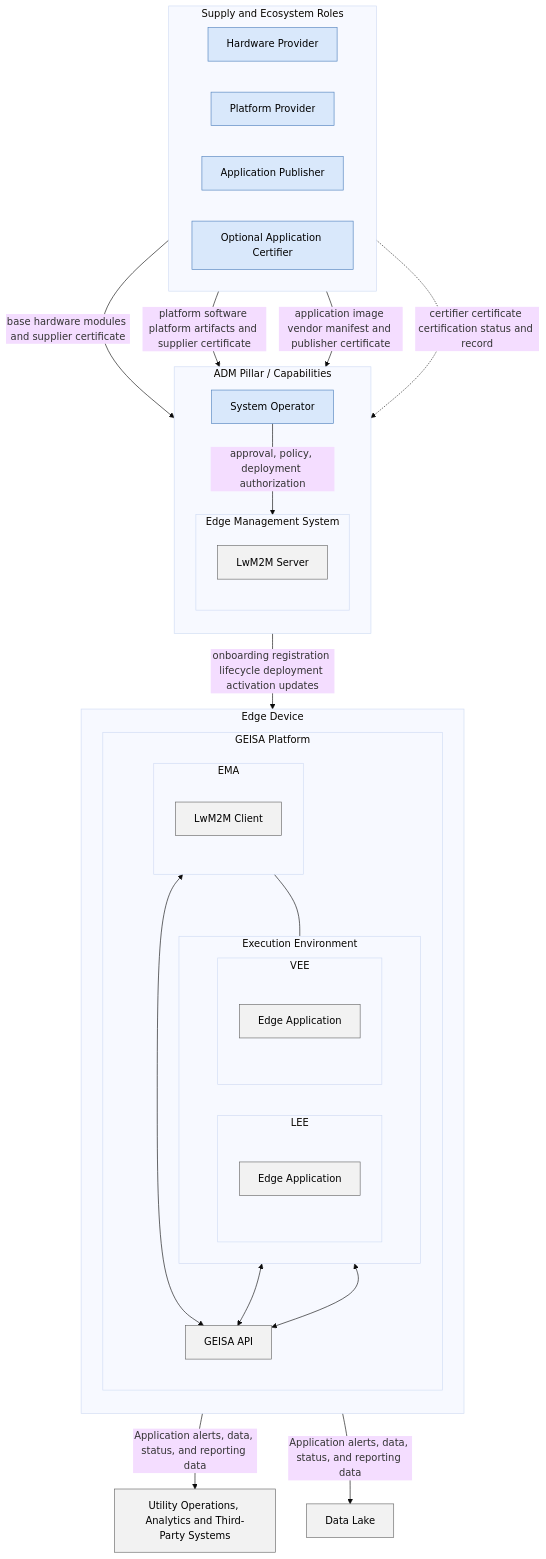
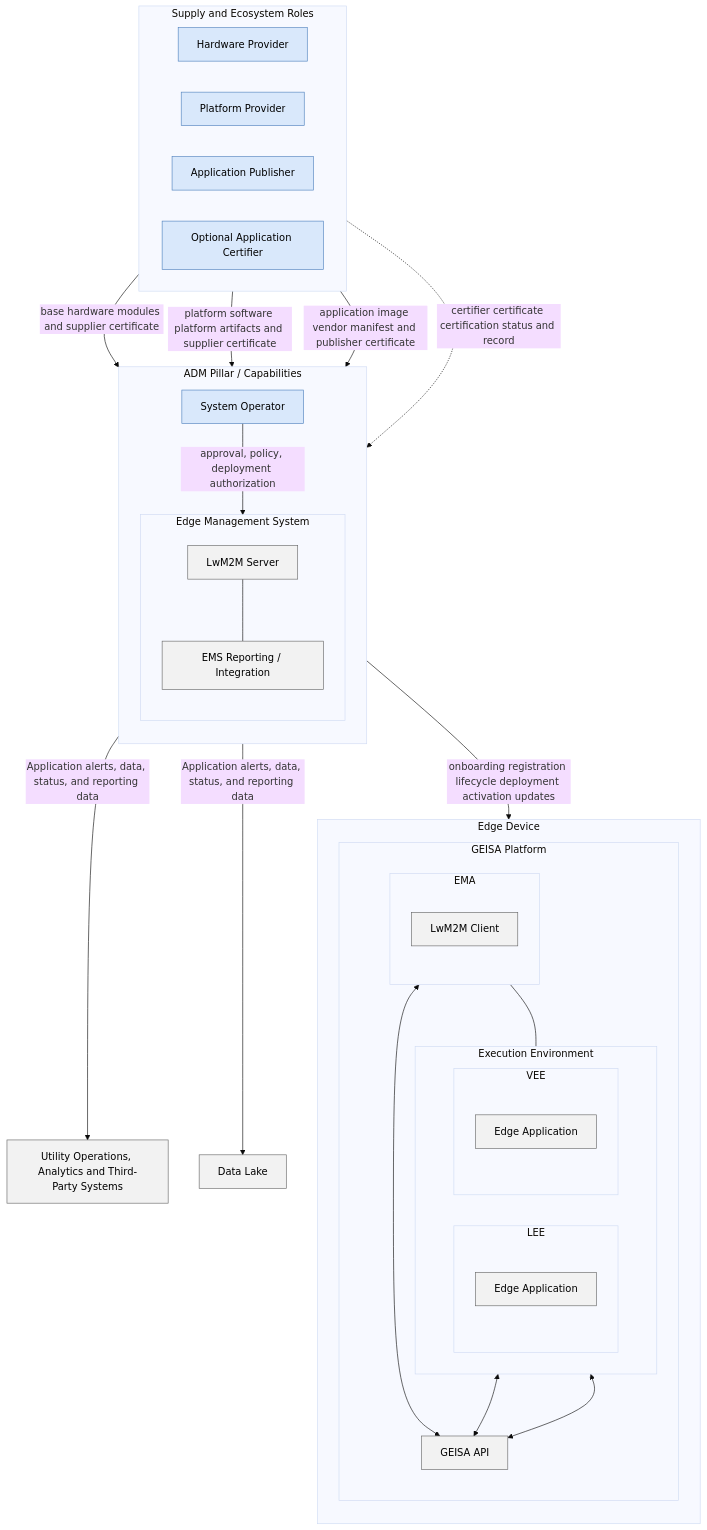
Before and after one commit to geisa/specification: the diagram in source/operations/end-to-end2.mermaid, drawn with Mermaid (base theme). The commit also changed 4 other files, not shown here.

```diff
--- a/source/operations/end-to-end2.mermaid
+++ b/source/operations/end-to-end2.mermaid
@@ -1,75 +1,77 @@
 flowchart TB
 
     classDef role fill:#d9e8fb,stroke:#4f81bd,stroke-width:1px,color:#000000;
     classDef system fill:#f2f2f2,stroke:#666666,stroke-width:1px,color:#000000;
 
     subgraph SUPPLY[Supply and Ecosystem Roles]
         direction LR
         HP[Hardware Provider]
         PP[Platform Provider]
         AP[Application Publisher]
         AC[Optional Application Certifier]
     end
 
     subgraph ADMSET[ADM Pillar / Capabilities]
         direction TB
         SO[System Operator]
 
         subgraph EMSBOX[Edge Management System]
             direction TB
             LWMS[LwM2M Server]
+            EMSR[EMS Reporting / Integration]
         end
     end
 
     subgraph EDGE[Edge Device]
         direction TB
 
         subgraph PLATFORM[GEISA Platform]
             direction TB
 
             API[GEISA API]
 
             subgraph EE[Execution Environment]
                 direction LR
 
                 subgraph LEEBOX[LEE]
                     direction TB
                     APPL[Edge Application]
                 end
 
                 subgraph VEEBOX[VEE]
                     direction TB
                     APPV[Edge Application]
                 end
             end
 
             subgraph EMABOX[EMA]
                 direction TB
                 LWMC[LwM2M Client]
             end
         end
     end
 
     UOPS[Utility Operations, Analytics and Third-Party Systems]
     DL[Data Lake]
 
     class HP,PP,AP,AC,SO role;
-    class LWMS,API,APPL,APPV,LWMC,UOPS,DL system;
+    class LWMS,EMSR,API,APPL,APPV,LWMC,UOPS,DL system;
 
     HP -->|base hardware modules and supplier certificate| SO
     PP -->|platform software platform artifacts and supplier certificate| SO
     AP -->|application image vendor manifest and publisher certificate| SO
     AC -.->|certifier certificate certification status and record| SO
 
     SO -->|approval, policy, deployment authorization| LWMS
 
     LWMS -->|onboarding registration lifecycle deployment activation updates| LWMC
+    LWMS --- EMSR
 
     EMABOX <--> API
     APPL <--> API
     APPV <--> API
 
     EMABOX --- EE
 
-    EMABOX -->|Application alerts, data, status, and reporting data| UOPS
-    EMABOX -->|Application alerts, data, status, and reporting data| DL
+    EMSR -->|Application alerts, data, status, and reporting data| UOPS
+    EMSR -->|Application alerts, data, status, and reporting data| DL
```
